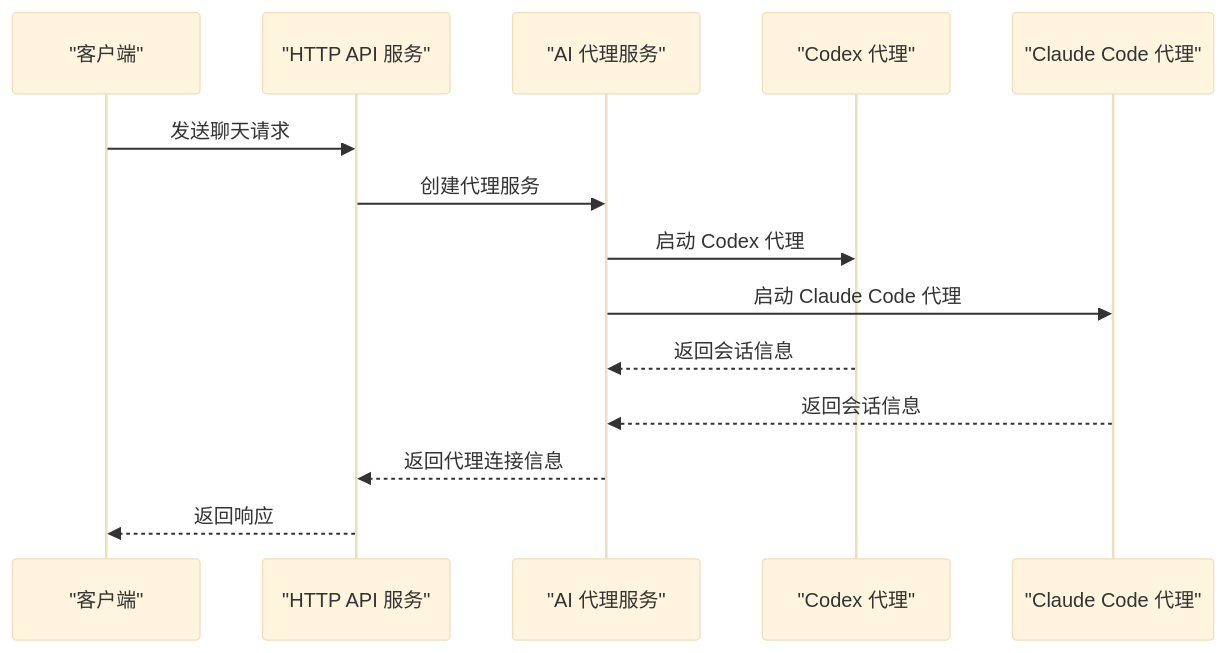
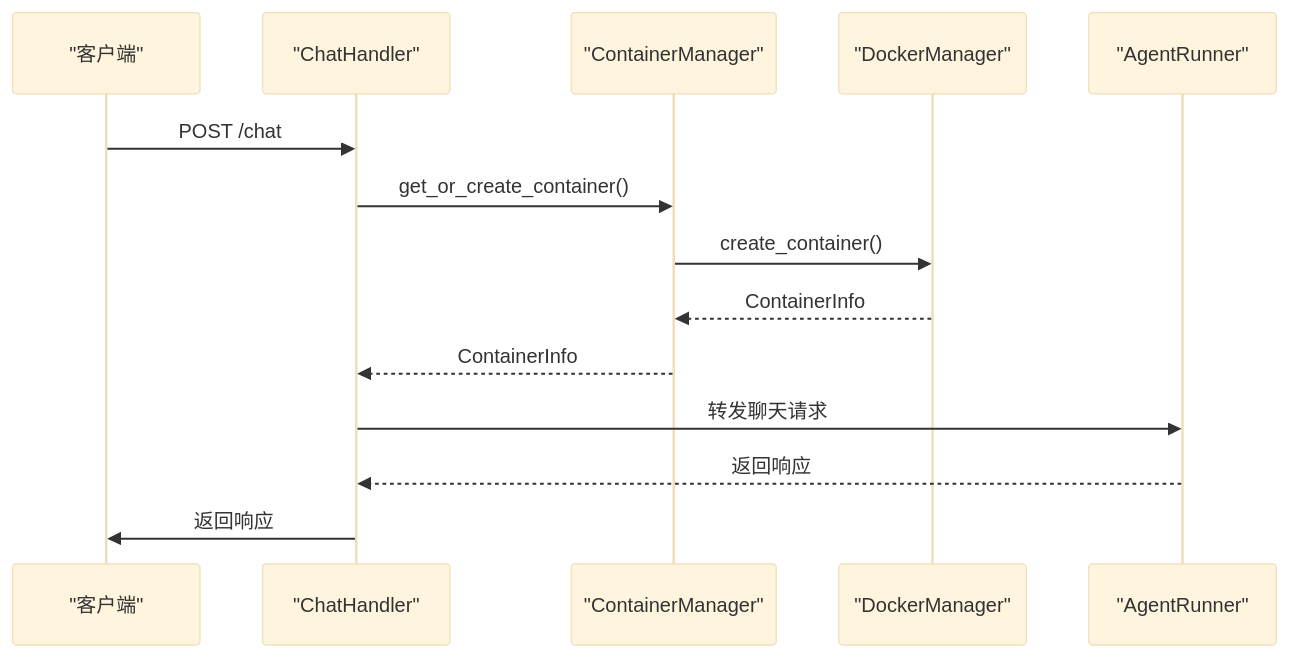
One commit to nuwax-ai/rcoder changed the fifth of 8 diagrams in .qoder/repowiki/zh/content/项目概述.md. Above: the diagram before and after it, drawn with Mermaid (base theme). The commit also changed other lines of this file and 185 other files, not shown here.

````diff
--- a/.qoder/repowiki/zh/content/项目概述.md
+++ b/.qoder/repowiki/zh/content/项目概述.md
@@ -112,16 +209,16 @@
 ```mermaid
 sequenceDiagram
 participant Client as "客户端"
-participant API as "HTTP API 服务"
-participant Agent as "AI 代理服务"
-participant Codex as "Codex 代理"
-participant Claude as "Claude Code 代理"
-Client->>API : 发送聊天请求
-API->>Agent : 创建代理服务
-Agent->>Codex : 启动 Codex 代理
-Agent->>Claude : 启动 Claude Code 代理
-Codex-->>Agent : 返回会话信息
-Claude-->>Agent : 返回会话信息
-Agent-->>API : 返回代理连接信息
-API-->>Client : 返回响应
+participant Handler as "ChatHandler"
+participant Container as "ContainerManager"
+participant Docker as "DockerManager"
+participant Agent as "AgentRunner"
+Client->>Handler : POST /chat
+Handler->>Container : get_or_create_container()
+Container->>Docker : create_container()
+Docker-->>Container : ContainerInfo
+Container-->>Handler : ContainerInfo
+Handler->>Agent : 转发聊天请求
+Agent-->>Handler : 返回响应
+Handler->>Client : 返回响应
 ```
````
